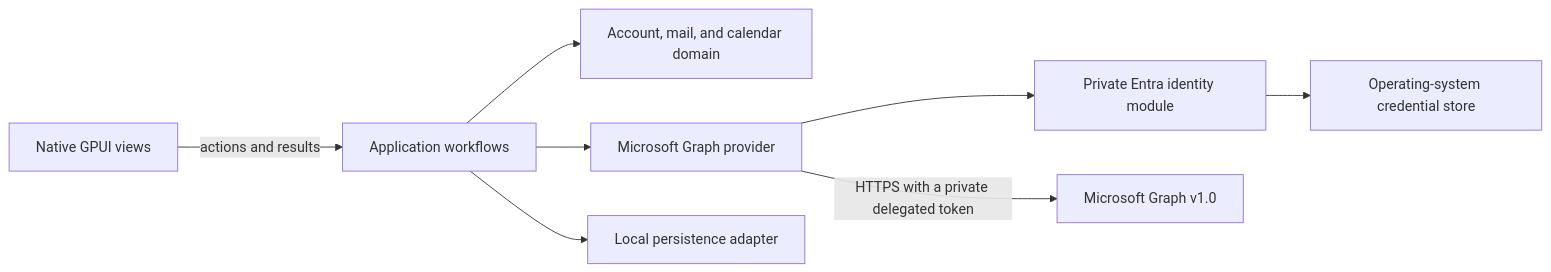
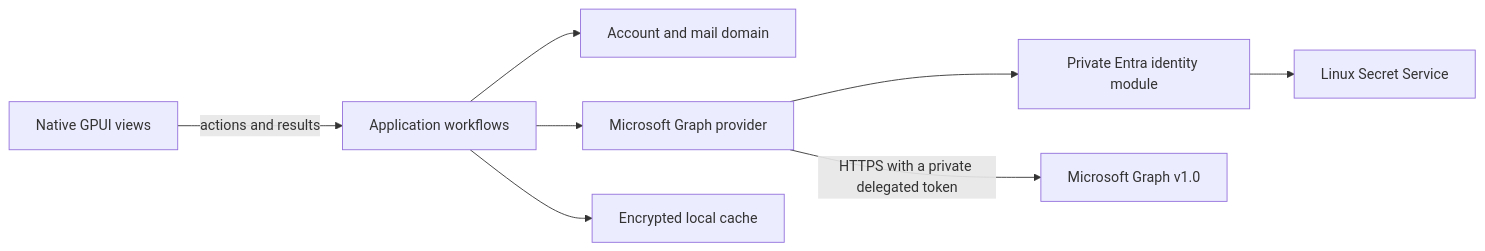
Before and after one commit to 1fach/einfach-mail: the diagram in docs/architecture/system.md, drawn with Mermaid. The commit also changed other lines of this file and 26 other files, not shown here.

````diff
--- a/docs/architecture/system.md
+++ b/docs/architecture/system.md
@@ -7,10 +7,10 @@
 ```mermaid
 flowchart LR
     View[Native GPUI views] -->|actions and results| App[Application workflows]
-    App --> Domain[Account, mail, and calendar domain]
+    App --> Domain[Account and mail domain]
     App --> Graph[Microsoft Graph provider]
-    App --> Store[Local persistence adapter]
+    App --> Store[Encrypted local cache]
     Graph --> Identity[Private Entra identity module]
-    Identity --> Vault[Operating-system credential store]
+    Identity --> Vault[Linux Secret Service]
     Graph -->|HTTPS with a private delegated token| MS[Microsoft Graph v1.0]
 ```
````
